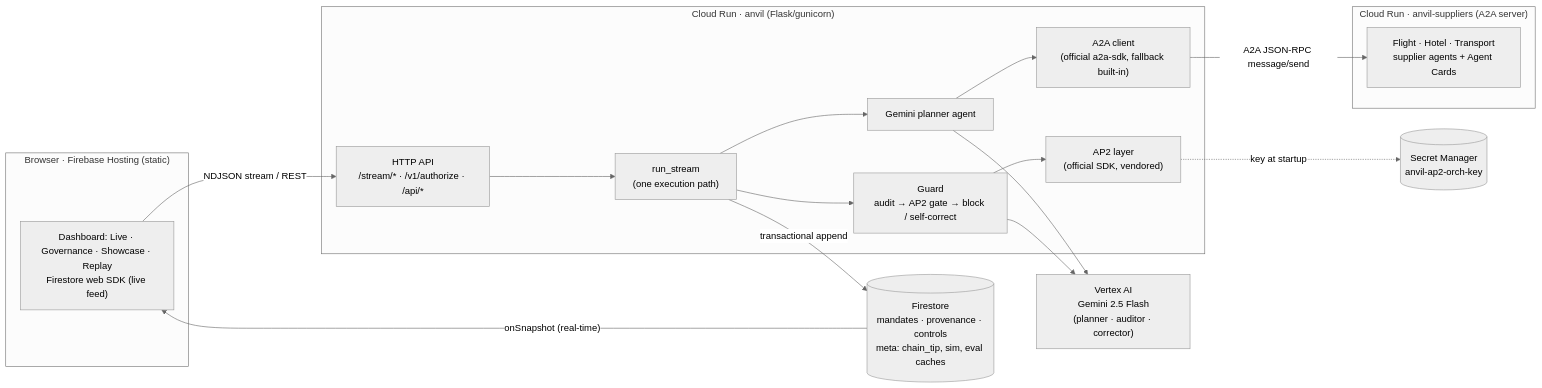
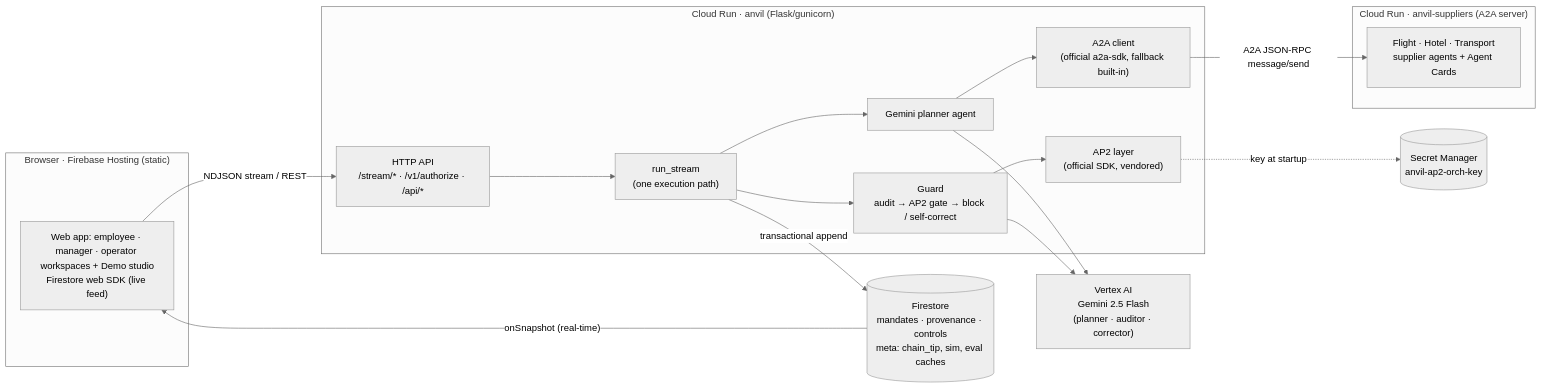
The first of 3 diagrams in docs/handover/03-ARCHITECTURE-AND-DESIGN-FLOW.md (Adhi1402/anvil), drawn with Mermaid (neutral theme) before and after one commit. The commit also changed 14 other files, not shown here.

First line of the commit message:
Role-based web app rewrite, approver identity, UX audit

````diff
--- a/docs/handover/03-ARCHITECTURE-AND-DESIGN-FLOW.md
+++ b/docs/handover/03-ARCHITECTURE-AND-DESIGN-FLOW.md
@@ -10,36 +10,36 @@
 ```mermaid
 flowchart LR
   subgraph Browser["Browser · Firebase Hosting (static)"]
-    UI["Dashboard: Live · Governance · Showcase · Replay\nFirestore web SDK (live feed)"]
+    UI["Web app: employee · manager · operator workspaces + Demo studio\nFirestore web SDK (live feed)"]
   end
 
   subgraph CR1["Cloud Run · anvil (Flask/gunicorn)"]
     API["HTTP API\n/stream/* · /v1/authorize · /api/*"]
     RUN["run_stream\n(one execution path)"]
     PLAN["Gemini planner agent"]
     GUARD["Guard\naudit → AP2 gate → block / self-correct"]
     AP2L["AP2 layer\n(official SDK, vendored)"]
     A2AC["A2A client\n(official a2a-sdk, fallback built-in)"]
     API --> RUN
     RUN --> PLAN
     RUN --> GUARD
     GUARD --> AP2L
     PLAN --> A2AC
   end
 
   subgraph CR2["Cloud Run · anvil-suppliers (A2A server)"]
     SUP["Flight · Hotel · Transport\nsupplier agents + Agent Cards"]
   end
 
   GEM["Vertex AI\nGemini 2.5 Flash\n(planner · auditor · corrector)"]
   FS[("Firestore\nmandates · provenance · controls\nmeta: chain_tip, sim, eval caches")]
   SM[("Secret Manager\nanvil-ap2-orch-key")]
 
   UI -- "NDJSON stream / REST" --> API
   FS -- "onSnapshot (real-time)" --> UI
   A2AC -- "A2A JSON-RPC message/send" --> SUP
   PLAN --> GEM
   GUARD --> GEM
   RUN -- "transactional append" --> FS
   AP2L -. "key at startup" .-> SM
 ```
````
